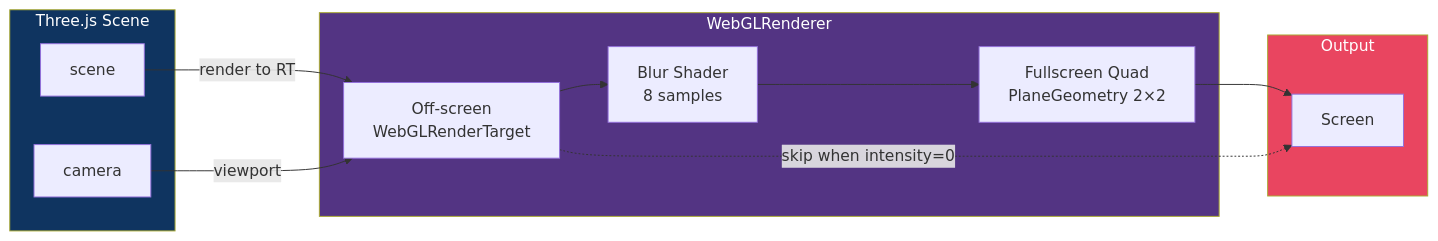
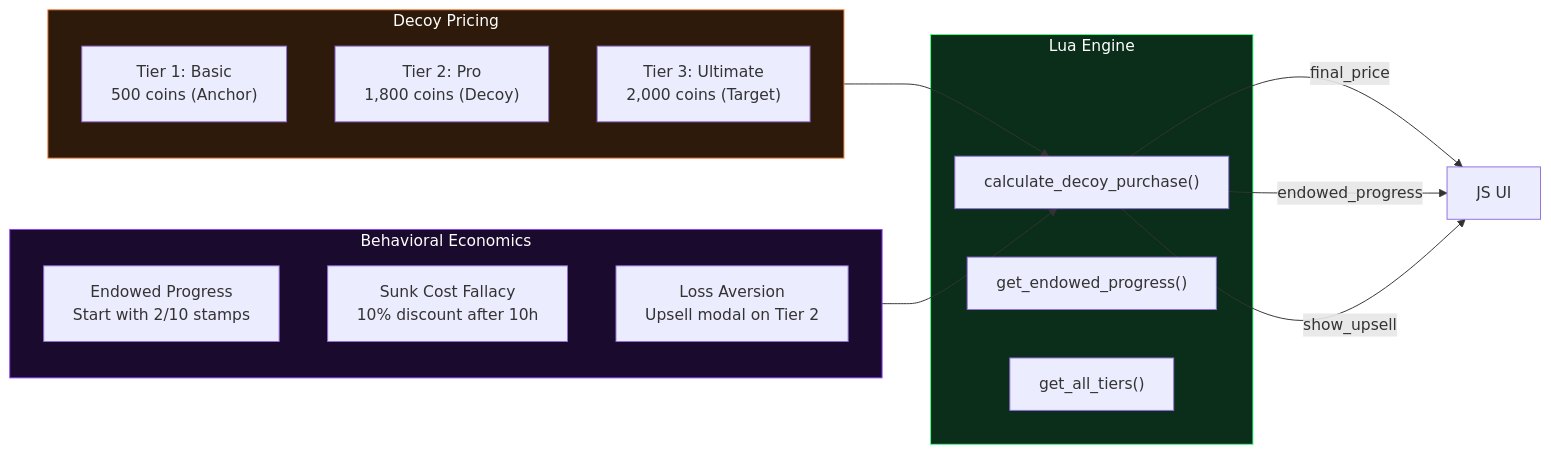
The third of 3 diagrams in architecture.md (dev-justin-time/balls), drawn with Mermaid before and after one commit. The commit also changed other lines of this file and 2531 other files, not shown here.

````diff
--- a/architecture.md
+++ b/architecture.md
@@ -294,29 +166,30 @@
 ```mermaid
 flowchart LR
-    subgraph Scene["Three.js Scene"]
-        SC_[scene]
-        CAM[camera]
+    subgraph Pricing["Decoy Pricing"]
+        T1["Tier 1: Basic<br/>500 coins (Anchor)"]
+        T2["Tier 2: Pro<br/>1,800 coins (Decoy)"]
+        T3["Tier 3: Ultimate<br/>2,000 coins (Target)"]
     end
 
-    subgraph Render["WebGLRenderer"]
-        RT[Off-screen<br/>WebGLRenderTarget]
-        SH[Blur Shader<br/>8 samples]
-        QUAD[Fullscreen Quad<br/>PlaneGeometry 2×2]
+    subgraph Psychology["Behavioral Economics"]
+        EP["Endowed Progress<br/>Start with 2/10 stamps"]
+        SC["Sunk Cost Fallacy<br/>10% discount after 10h"]
+        LA["Loss Aversion<br/>Upsell modal on Tier 2"]
     end
 
-    subgraph Output
-        SCREEN[Screen]
+    subgraph Implementation["Lua Engine"]
+        CP["calculate_decoy_purchase()"]
+        GP["get_endowed_progress()"]
+        AT["get_all_tiers()"]
     end
 
-    SC_ -->|render to RT| RT
-    CAM -->|viewport| RT
-    RT --> SH
-    SH --> QUAD
-    QUAD --> SCREEN
+    Pricing --> CP
+    Psychology --> CP
+    CP -->|final_price| JS["JS UI"]
+    CP -->|endowed_progress| JS
+    CP -->|show_upsell| JS
 
-    RT -.->|skip when intensity=0| SCREEN
-
-    style Scene fill:#0f3460,color:#fff
-    style Render fill:#533483,color:#fff
-    style Output fill:#e94560,color:#fff
+    style Pricing fill:#2e1a0a,stroke:#ff8844,color:#fff
+    style Psychology fill:#1a0a2e,stroke:#8844ff,color:#fff
+    style Implementation fill:#0a2e1a,stroke:#44ff88,color:#fff
 ```
````
